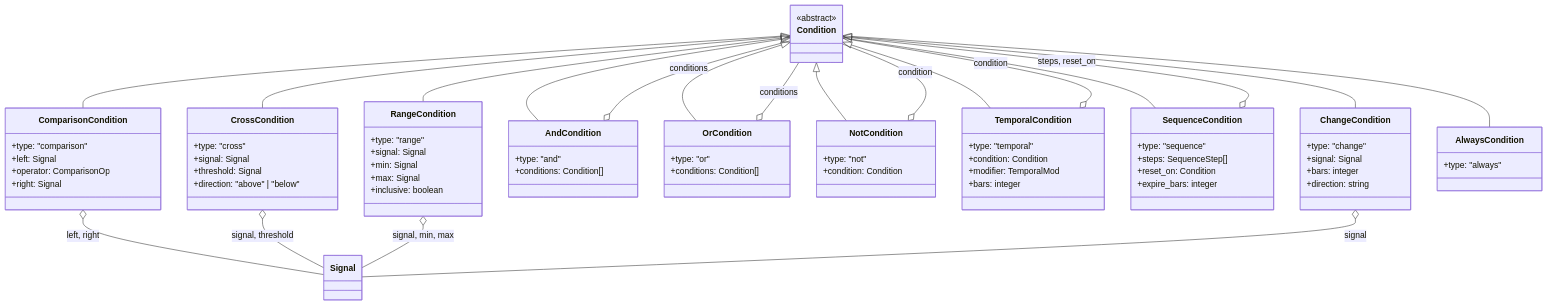
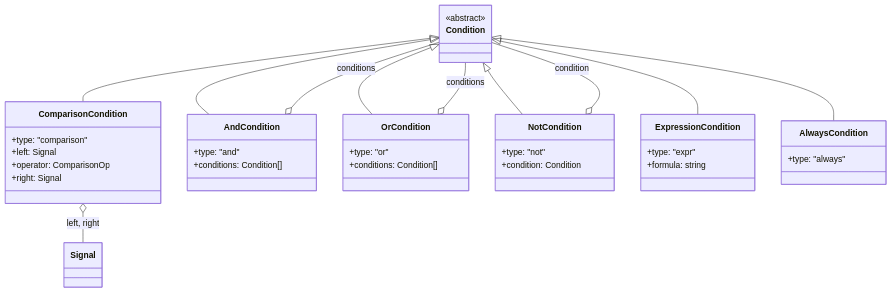
The sixth of 8 diagrams in docs/specification.md (obichan117/universal-trading-strategy-schema), drawn with Mermaid before and after one commit. The commit also changed other lines of this file and 39 other files, not shown here.

````diff
--- a/docs/specification.md
+++ b/docs/specification.md
@@ -860,79 +853,43 @@
 ```mermaid
 classDiagram
     class Condition {
         <<abstract>>
     }
     class ComparisonCondition {
         +type: "comparison"
         +left: Signal
         +operator: ComparisonOp
         +right: Signal
-    }
-    class CrossCondition {
-        +type: "cross"
-        +signal: Signal
-        +threshold: Signal
-        +direction: "above" | "below"
-    }
-    class RangeCondition {
-        +type: "range"
-        +signal: Signal
-        +min: Signal
-        +max: Signal
-        +inclusive: boolean
     }
     class AndCondition {
         +type: "and"
         +conditions: Condition[]
     }
     class OrCondition {
         +type: "or"
         +conditions: Condition[]
     }
     class NotCondition {
         +type: "not"
         +condition: Condition
     }
-    class TemporalCondition {
-        +type: "temporal"
-        +condition: Condition
-        +modifier: TemporalMod
-        +bars: integer
-    }
-    class SequenceCondition {
-        +type: "sequence"
-        +steps: SequenceStep[]
-        +reset_on: Condition
-        +expire_bars: integer
-    }
-    class ChangeCondition {
-        +type: "change"
-        +signal: Signal
-        +bars: integer
-        +direction: string
+    class ExpressionCondition {
+        +type: "expr"
+        +formula: string
     }
     class AlwaysCondition {
         +type: "always"
     }
 
     Condition <|-- ComparisonCondition
-    Condition <|-- CrossCondition
-    Condition <|-- RangeCondition
     Condition <|-- AndCondition
     Condition <|-- OrCondition
     Condition <|-- NotCondition
-    Condition <|-- TemporalCondition
-    Condition <|-- SequenceCondition
-    Condition <|-- ChangeCondition
+    Condition <|-- ExpressionCondition
     Condition <|-- AlwaysCondition
 
     ComparisonCondition o-- Signal : left, right
-    CrossCondition o-- Signal : signal, threshold
-    RangeCondition o-- Signal : signal, min, max
     AndCondition o-- Condition : conditions
     OrCondition o-- Condition : conditions
     NotCondition o-- Condition : condition
-    TemporalCondition o-- Condition : condition
-    SequenceCondition o-- Condition : steps, reset_on
-    ChangeCondition o-- Signal : signal
 ```
````
